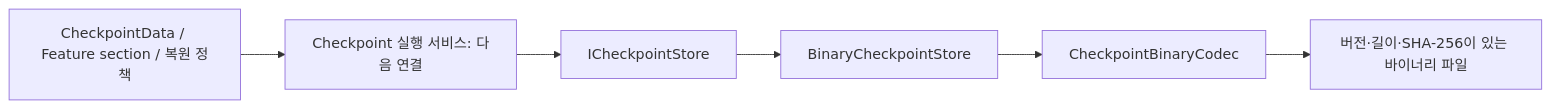
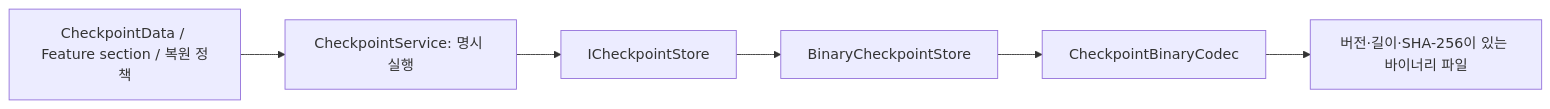
One commit to Team-HJD-21/unity-6-the-developer changed the diagram in Docs/architecture/checkpoint-storage-api.md. Above: the diagram before and after it, drawn with Mermaid. The commit also changed other lines of this file and 44 other files, not shown here.

````diff
--- a/Docs/architecture/checkpoint-storage-api.md
+++ b/Docs/architecture/checkpoint-storage-api.md
@@ -7,8 +7,8 @@
 ```mermaid
 flowchart LR
-    Caller[Checkpoint 실행 서비스: 다음 연결] --> Port[ICheckpointStore]
+    Caller[CheckpointService: 명시 실행] --> Port[ICheckpointStore]
     Data[CheckpointData / Feature section / 복원 정책] --> Caller
     Port --> Store[BinaryCheckpointStore]
     Store --> Codec[CheckpointBinaryCodec]
     Codec --> File[버전·길이·SHA-256이 있는 바이너리 파일]
 ```
````
